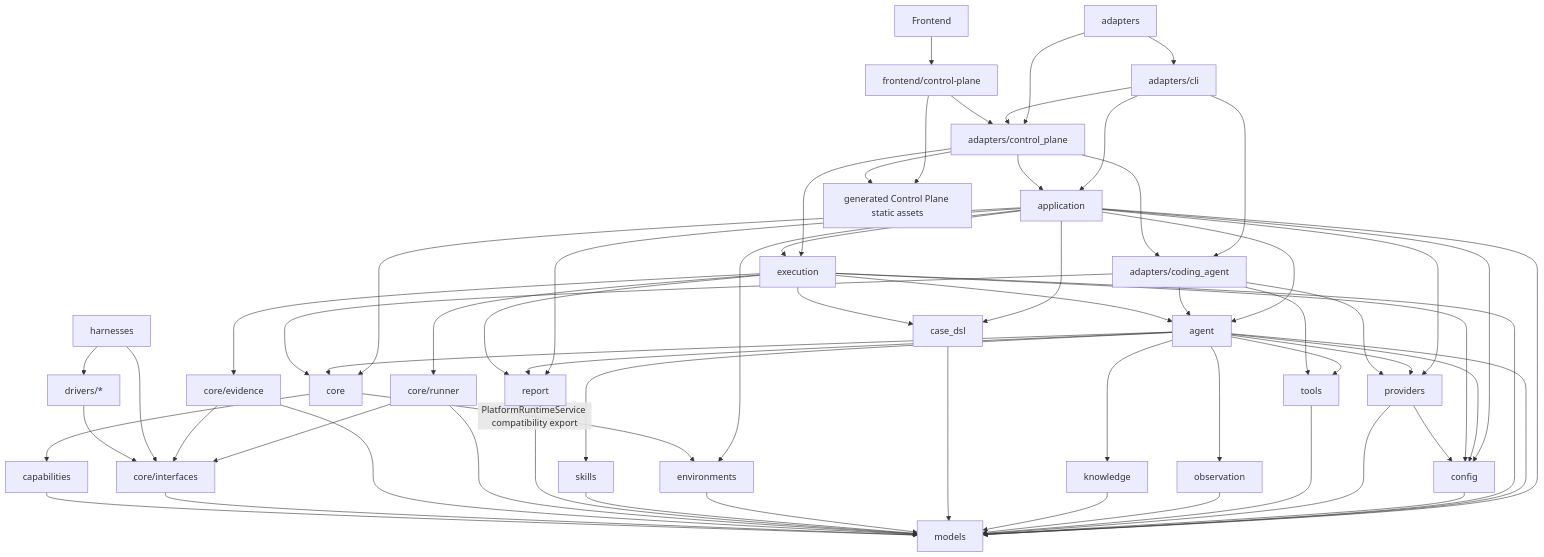
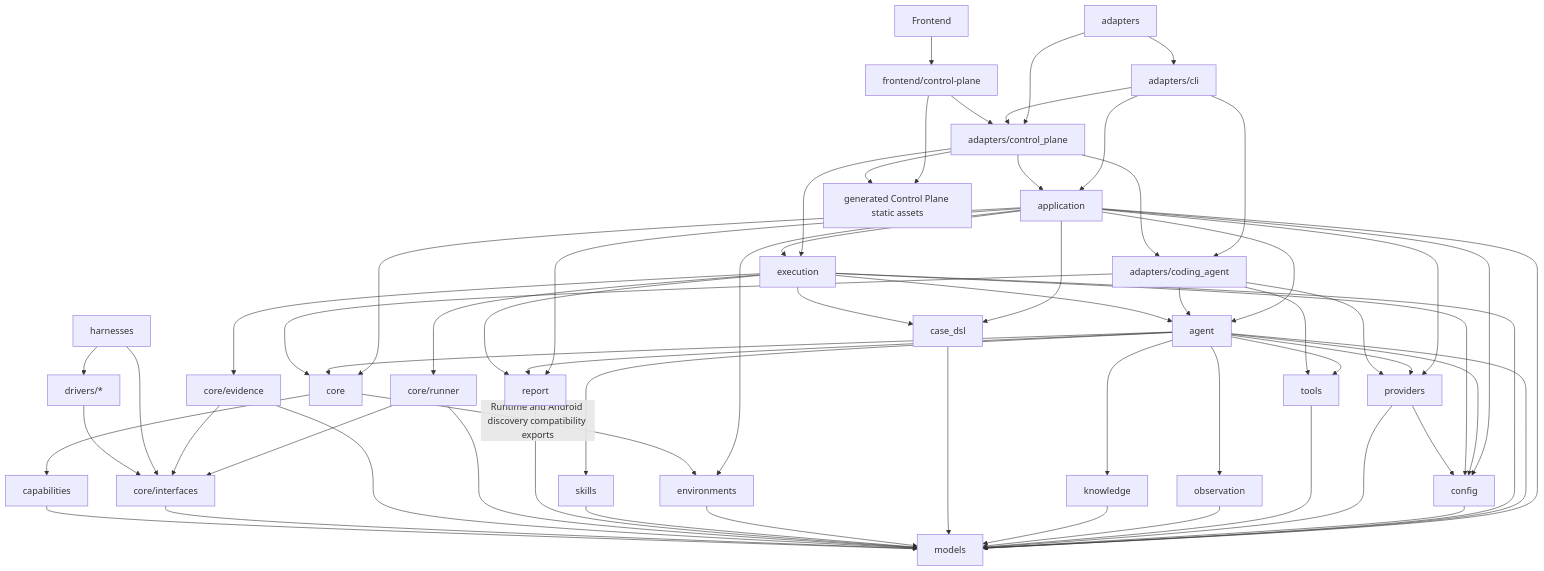
One commit to houlianpi/FSQ changed the diagram in SPEC.md. Above: the diagram before and after it, drawn with Mermaid. The commit also changed other lines of this file and 41 other files, not shown here.

````diff
--- a/SPEC.md
+++ b/SPEC.md
@@ -176,65 +180,65 @@
 ```mermaid
 flowchart TD
     Adapters[adapters] --> CLI[adapters/cli]
     Adapters --> ControlPlane[adapters/control_plane]
     CLI --> Application[application]
     CLI --> ControlPlane
     ControlPlane --> Application
     ControlPlane --> Execution[execution]
     CLI --> CodingAgent[adapters/coding_agent]
     ControlPlane --> CodingAgent
     Application --> Agent[agent]
     Application --> Execution
     Application --> Core[core]
     Application --> CaseDSL[case_dsl]
     Application --> Environments[environments]
     Application --> Config[config]
     Application --> Providers[providers]
     Application --> Models[models]
     Application --> Report[report]
     Agent --> Core[core]
     Agent --> Config[config]
     Agent --> Providers[providers]
     Agent --> Models[models]
     Agent --> Tools[tools]
     Agent --> Observation[observation]
     Agent --> Knowledge[knowledge]
     Agent --> Skills[skills]
     Agent --> Report[report]
     CodingAgent --> Agent
     CodingAgent --> Providers
     CodingAgent --> Core
     CodingAgent --> Tools
     Execution --> Agent
     Execution --> CoreRunner[core/runner]
     Execution --> CoreEvidence[core/evidence]
     Execution --> CaseDSL
     Execution --> Config
     Execution --> Models
     Execution --> Report
     Config --> Models
     Providers --> Config
     Providers --> Models
     Tools --> Models
     Observation --> Models
     Knowledge --> Models
     CaseDSL --> Models
     Environments --> Models
     Skills --> Models
     Report --> Models
     CoreRunner --> CoreInterfaces[core/interfaces]
     CoreEvidence --> CoreInterfaces
     CoreRunner --> Models
     CoreEvidence --> Models
     CoreInterfaces --> Models
     Harnesses[harnesses] --> CoreInterfaces
     Harnesses --> Drivers[drivers/*]
     Drivers --> CoreInterfaces
     Capabilities[capabilities] --> Models
     Core --> Capabilities
-    Core -->|PlatformRuntimeService compatibility export| Environments
+    Core -->|Runtime and Android discovery compatibility exports| Environments
     Frontend --> FrontendControlPlane[frontend/control-plane]
     FrontendControlPlane --> ControlPlane
     FrontendControlPlane --> ControlPlaneStatic[generated Control Plane static assets]
     ControlPlane --> ControlPlaneStatic
 ```
````
